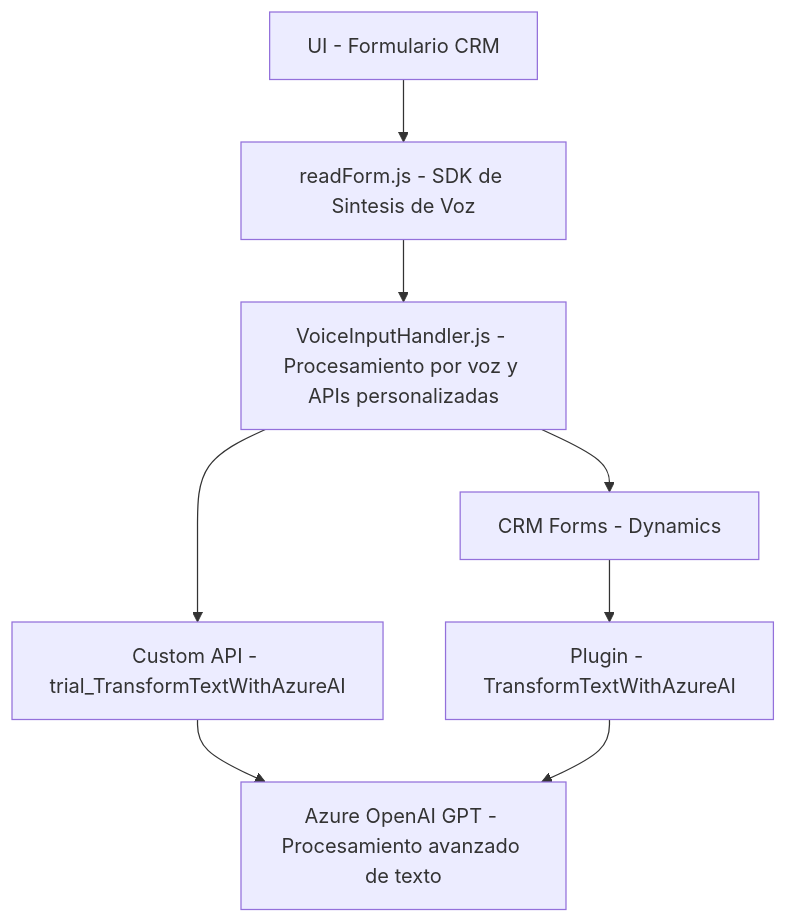
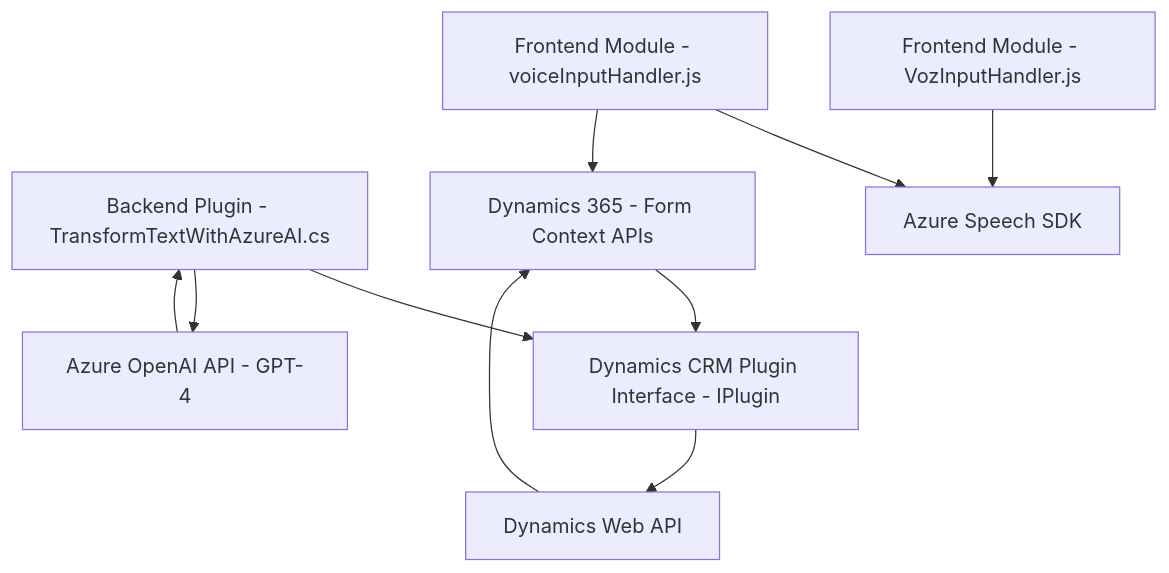
Before and after one commit to blopezdm/NETCORE_BILBAO2025: the diagram in README.md, drawn with Mermaid. The commit also changed other lines of this file, not shown here.

````diff
--- a/README.md
+++ b/README.md
@@ -41,10 +38,16 @@
 ```mermaid
 graph TD
-    A["UI - Formulario CRM"] --> B["readForm.js - SDK de Sintesis de Voz"]
-    B --> C["VoiceInputHandler.js - Procesamiento por voz y APIs personalizadas"]
-    C --> D["CRM Forms - Dynamics"]
-    C --> E["Custom API - trial_TransformTextWithAzureAI"]
-    E --> F["Azure OpenAI GPT - Procesamiento avanzado de texto"]
-    D --> G["Plugin - TransformTextWithAzureAI"]
-    G --> F
+    A["Frontend Module - VozInputHandler.js"]
+    B["Frontend Module - voiceInputHandler.js"]
+    C["Backend Plugin - TransformTextWithAzureAI.cs"]
+
+    A --> D["Azure Speech SDK"]
+    B --> D
+    B --> E["Dynamics 365 - Form Context APIs"]
+    C --> F["Dynamics CRM Plugin Interface - IPlugin"]
+    C --> G["Azure OpenAI API - GPT-4"]
+    E --> F
+    G --> C
+    F --> H["Dynamics Web API"]
+    H --> E
 ```
````
